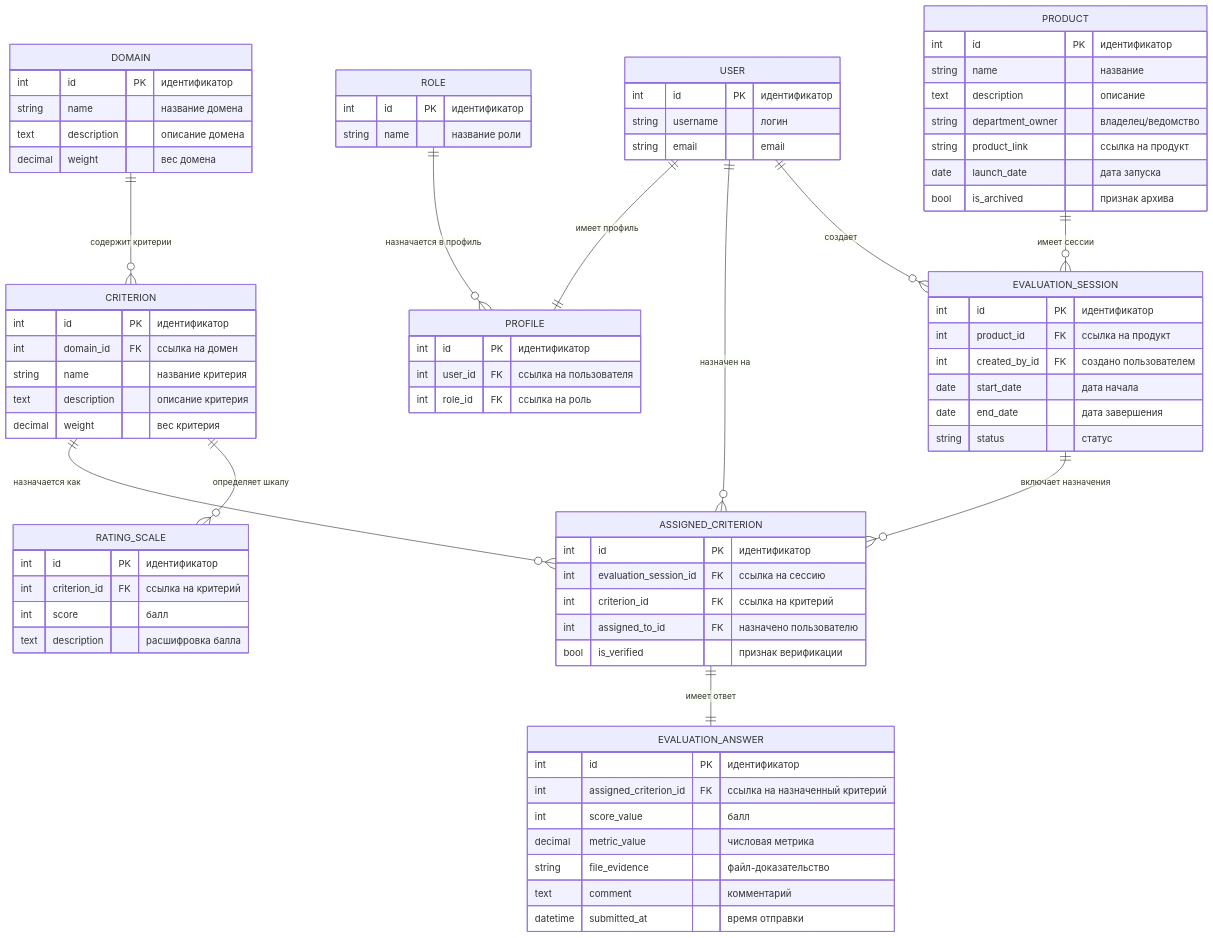
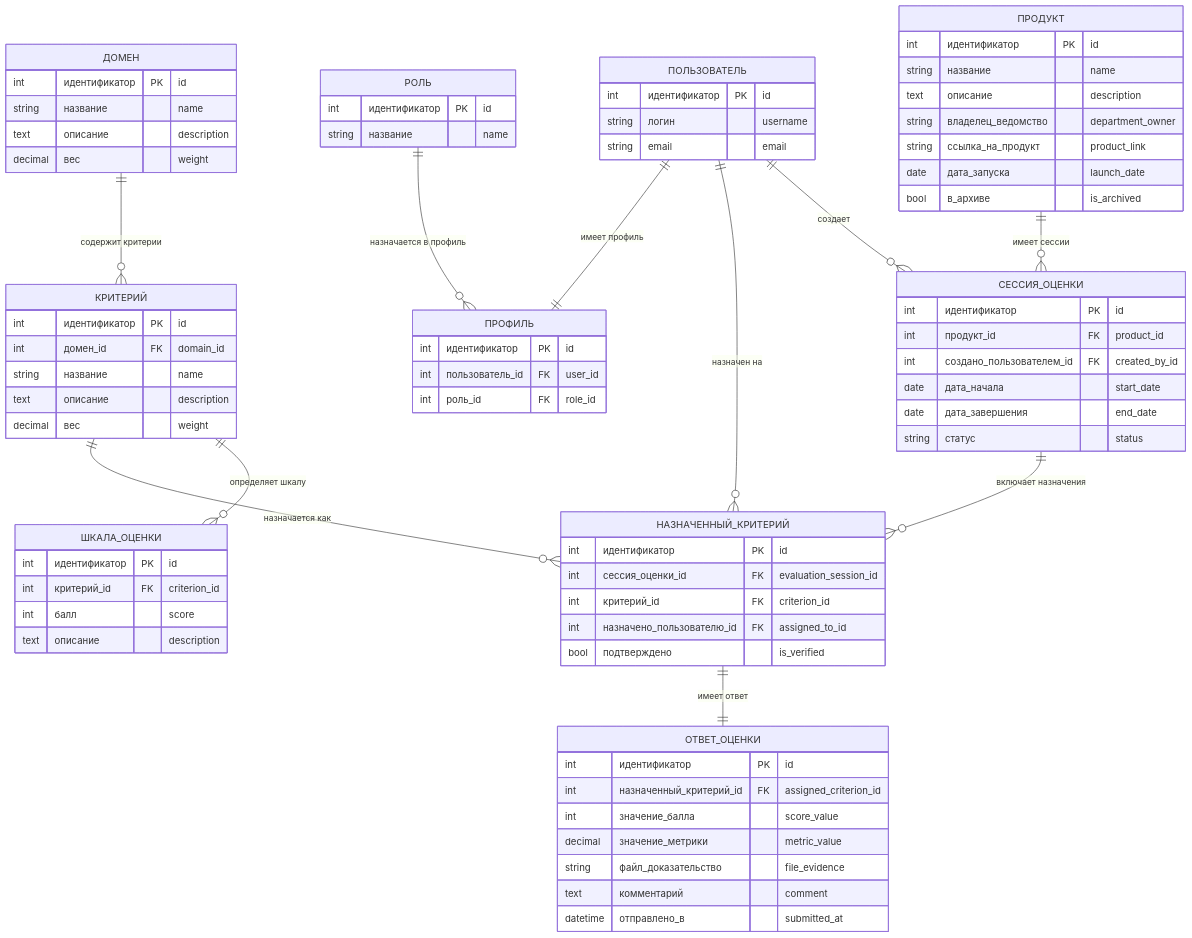
Before and after one commit to Makshota12/Region_products: the fifth of 11 diagrams in README.md, drawn with Mermaid. The commit also changed other lines of this file, not shown here.

Commit message:
docs(readme): русифицировать названия в ER-модели
Заменить английские названия сущностей и полей на русские в блоке ER-диаграммы и в табличном описании сущностей, сохранив исходные технические имена в скобках.

Made-with: Cursor

````diff
--- a/README.md
+++ b/README.md
@@ -394,90 +394,90 @@
 ```mermaid
 %%{init: {'theme':'default', 'themeVariables': {'background':'#ffffff'}}}%%
 erDiagram
-    PRODUCT ||--o{ EVALUATION_SESSION : "имеет сессии"
-    DOMAIN ||--o{ CRITERION : "содержит критерии"
-    CRITERION ||--o{ RATING_SCALE : "определяет шкалу"
-    EVALUATION_SESSION ||--o{ ASSIGNED_CRITERION : "включает назначения"
-    CRITERION ||--o{ ASSIGNED_CRITERION : "назначается как"
-    ASSIGNED_CRITERION ||--|| EVALUATION_ANSWER : "имеет ответ"
-    USER ||--o{ EVALUATION_SESSION : "создает"
-    USER ||--o{ ASSIGNED_CRITERION : "назначен на"
-    USER ||--|| PROFILE : "имеет профиль"
-    ROLE ||--o{ PROFILE : "назначается в профиль"
+    ПРОДУКТ ||--o{ СЕССИЯ_ОЦЕНКИ : "имеет сессии"
+    ДОМЕН ||--o{ КРИТЕРИЙ : "содержит критерии"
+    КРИТЕРИЙ ||--o{ ШКАЛА_ОЦЕНКИ : "определяет шкалу"
+    СЕССИЯ_ОЦЕНКИ ||--o{ НАЗНАЧЕННЫЙ_КРИТЕРИЙ : "включает назначения"
+    КРИТЕРИЙ ||--o{ НАЗНАЧЕННЫЙ_КРИТЕРИЙ : "назначается как"
+    НАЗНАЧЕННЫЙ_КРИТЕРИЙ ||--|| ОТВЕТ_ОЦЕНКИ : "имеет ответ"
+    ПОЛЬЗОВАТЕЛЬ ||--o{ СЕССИЯ_ОЦЕНКИ : "создает"
+    ПОЛЬЗОВАТЕЛЬ ||--o{ НАЗНАЧЕННЫЙ_КРИТЕРИЙ : "назначен на"
+    ПОЛЬЗОВАТЕЛЬ ||--|| ПРОФИЛЬ : "имеет профиль"
+    РОЛЬ ||--o{ ПРОФИЛЬ : "назначается в профиль"
 
-    PRODUCT {
-        int id PK "идентификатор"
-        string name "название"
-        text description "описание"
-        string department_owner "владелец/ведомство"
-        string product_link "ссылка на продукт"
-        date launch_date "дата запуска"
-        bool is_archived "признак архива"
+    ПРОДУКТ {
+        int идентификатор PK "id"
+        string название "name"
+        text описание "description"
+        string владелец_ведомство "department_owner"
+        string ссылка_на_продукт "product_link"
+        date дата_запуска "launch_date"
+        bool в_архиве "is_archived"
     }
 
-    DOMAIN {
-        int id PK "идентификатор"
-        string name "название домена"
-        text description "описание домена"
-        decimal weight "вес домена"
+    ДОМЕН {
+        int идентификатор PK "id"
+        string название "name"
+        text описание "description"
+        decimal вес "weight"
     }
 
-    CRITERION {
-        int id PK "идентификатор"
-        int domain_id FK "ссылка на домен"
-        string name "название критерия"
-        text description "описание критерия"
-        decimal weight "вес критерия"
+    КРИТЕРИЙ {
+        int идентификатор PK "id"
+        int домен_id FK "domain_id"
+        string название "name"
+        text описание "description"
+        decimal вес "weight"
     }
 
-    RATING_SCALE {
-        int id PK "идентификатор"
-        int criterion_id FK "ссылка на критерий"
-        int score "балл"
-        text description "расшифровка балла"
+    ШКАЛА_ОЦЕНКИ {
+        int идентификатор PK "id"
+        int критерий_id FK "criterion_id"
+        int балл "score"
+        text описание "description"
     }
 
-    EVALUATION_SESSION {
-        int id PK "идентификатор"
-        int product_id FK "ссылка на продукт"
-        int created_by_id FK "создано пользователем"
-        date start_date "дата начала"
-        date end_date "дата завершения"
-        string status "статус"
+    СЕССИЯ_ОЦЕНКИ {
+        int идентификатор PK "id"
+        int продукт_id FK "product_id"
+        int создано_пользователем_id FK "created_by_id"
+        date дата_начала "start_date"
+        date дата_завершения "end_date"
+        string статус "status"
     }
 
-    ASSIGNED_CRITERION {
-        int id PK "идентификатор"
-        int evaluation_session_id FK "ссылка на сессию"
-        int criterion_id FK "ссылка на критерий"
-        int assigned_to_id FK "назначено пользователю"
-        bool is_verified "признак верификации"
+    НАЗНАЧЕННЫЙ_КРИТЕРИЙ {
+        int идентификатор PK "id"
+        int сессия_оценки_id FK "evaluation_session_id"
+        int критерий_id FK "criterion_id"
+        int назначено_пользователю_id FK "assigned_to_id"
+        bool подтверждено "is_verified"
     }
 
-    EVALUATION_ANSWER {
-        int id PK "идентификатор"
-        int assigned_criterion_id FK "ссылка на назначенный критерий"
-        int score_value "балл"
-        decimal metric_value "числовая метрика"
-        string file_evidence "файл-доказательство"
-        text comment "комментарий"
-        datetime submitted_at "время отправки"
+    ОТВЕТ_ОЦЕНКИ {
+        int идентификатор PK "id"
+        int назначенный_критерий_id FK "assigned_criterion_id"
+        int значение_балла "score_value"
+        decimal значение_метрики "metric_value"
+        string файл_доказательство "file_evidence"
+        text комментарий "comment"
+        datetime отправлено_в "submitted_at"
     }
 
-    USER {
-        int id PK "идентификатор"
-        string username "логин"
+    ПОЛЬЗОВАТЕЛЬ {
+        int идентификатор PK "id"
+        string логин "username"
         string email "email"
     }
 
-    PROFILE {
-        int id PK "идентификатор"
-        int user_id FK "ссылка на пользователя"
-        int role_id FK "ссылка на роль"
+    ПРОФИЛЬ {
+        int идентификатор PK "id"
+        int пользователь_id FK "user_id"
+        int роль_id FK "role_id"
     }
 
-    ROLE {
-        int id PK "идентификатор"
-        string name "название роли"
+    РОЛЬ {
+        int идентификатор PK "id"
+        string название "name"
     }
 ```
````
